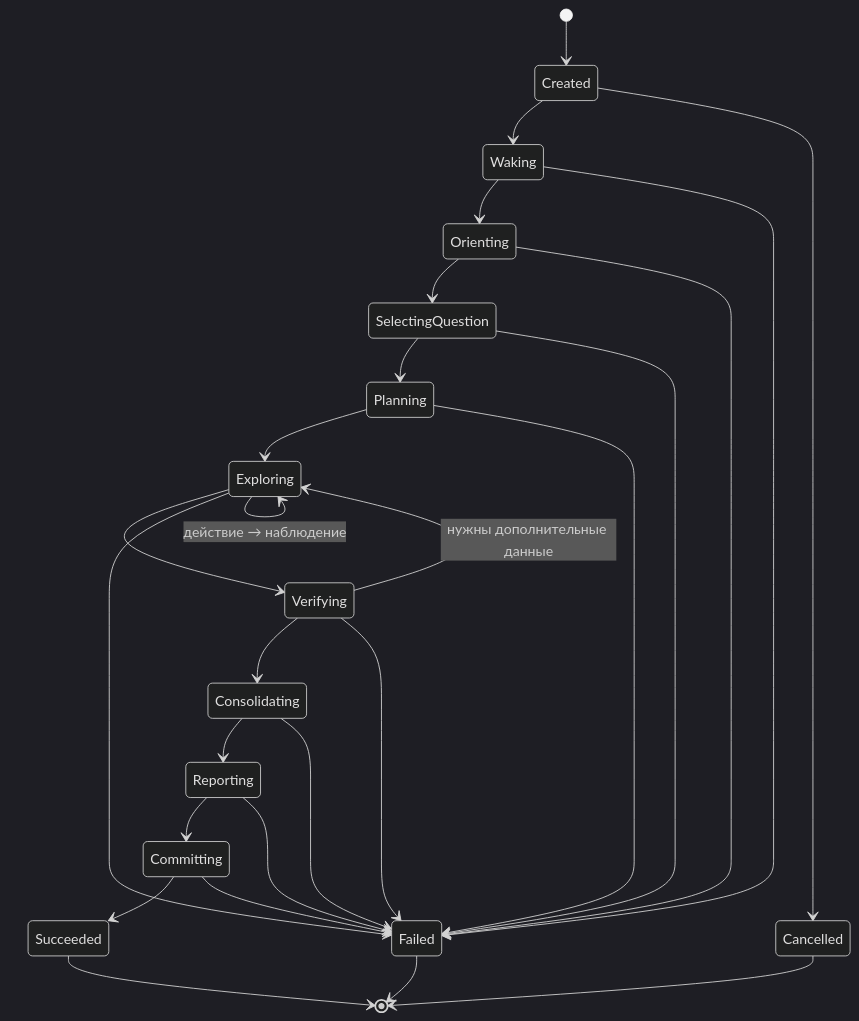
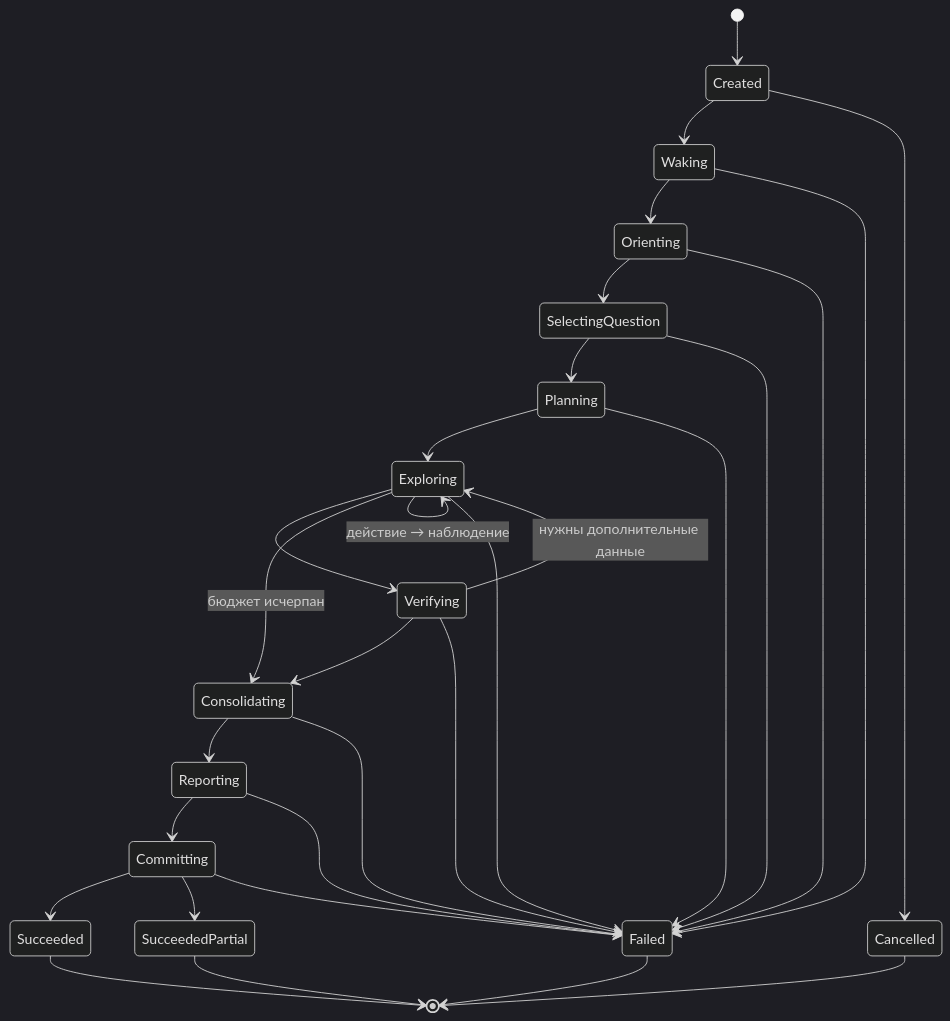
The second of 2 diagrams in ARCHITECTURE.md (crowrain/noezema), drawn with Mermaid (dark theme) before and after one commit. The commit also changed other lines of this file, not shown here.

First line of the commit message:
docs: revise architecture to v0.4

````diff
--- a/ARCHITECTURE.md
+++ b/ARCHITECTURE.md
@@ -449,29 +491,32 @@
 ```mermaid
 stateDiagram-v2
     [*] --> Created
     Created --> Waking
     Waking --> Orienting
     Orienting --> SelectingQuestion
     SelectingQuestion --> Planning
     Planning --> Exploring
     Exploring --> Exploring: действие → наблюдение
     Exploring --> Verifying
+    Exploring --> Consolidating: бюджет исчерпан
     Verifying --> Exploring: нужны дополнительные данные
     Verifying --> Consolidating
     Consolidating --> Reporting
     Reporting --> Committing
     Committing --> Succeeded
+    Committing --> SucceededPartial
     Succeeded --> [*]
+    SucceededPartial --> [*]
     Created --> Cancelled
     Waking --> Failed
     Orienting --> Failed
     SelectingQuestion --> Failed
     Planning --> Failed
     Exploring --> Failed
     Verifying --> Failed
     Consolidating --> Failed
     Reporting --> Failed
     Committing --> Failed
     Failed --> [*]
     Cancelled --> [*]
 ```
````
